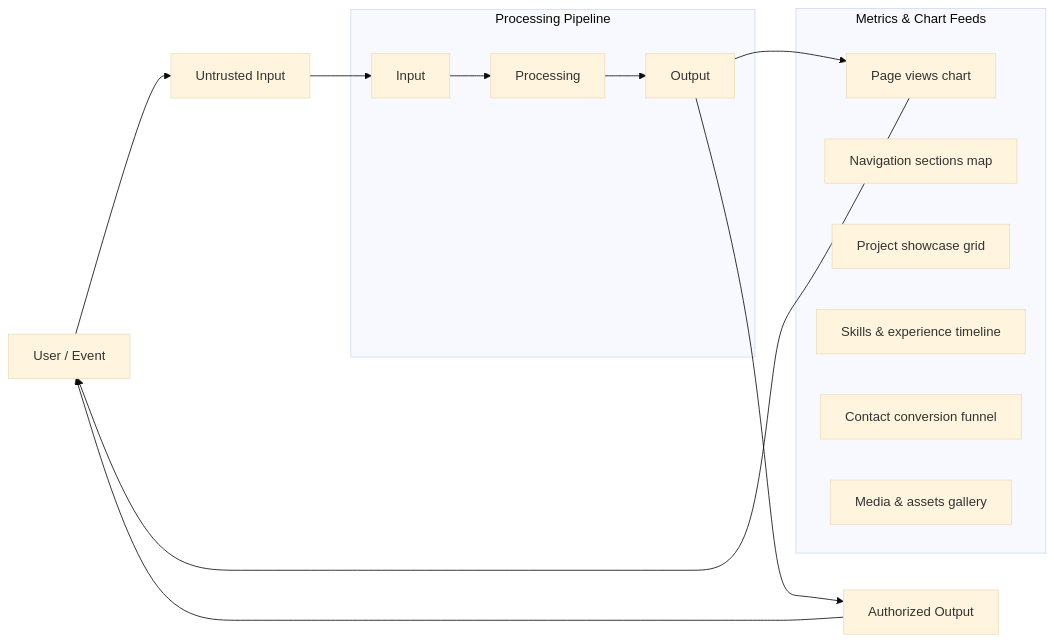
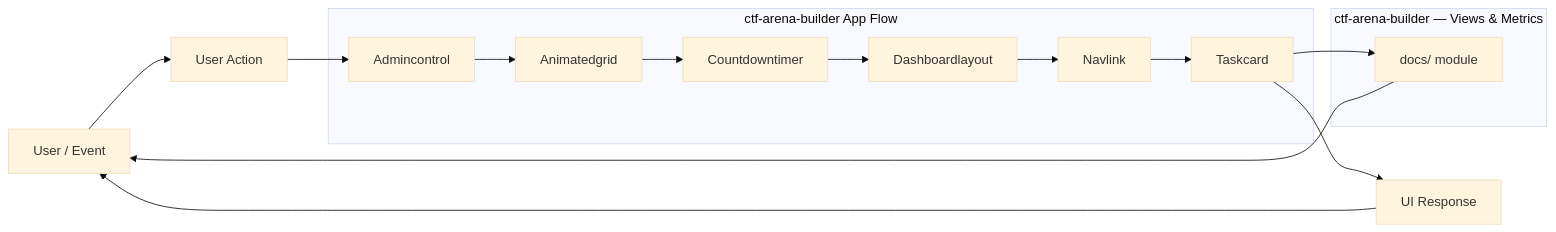
The second of 4 diagrams in README.md (Punyamittal/ctf-arena-builder), drawn with Mermaid (base theme) before and after one commit. The commit also changed other lines of this file, not shown here.

````diff
--- a/README.md
+++ b/README.md
@@ -186,27 +192,28 @@
 ```mermaid
 flowchart LR
-    U["User / Event"] --> IN["Untrusted Input"]
+    U["User / Event"] --> IN["User Action"]
 
-    subgraph Pipeline["Processing Pipeline"]
-        p0["Input"]
-        p1["Processing"]
-        p2["Output"]
+    subgraph Pipeline["ctf-arena-builder App Flow"]
+        p0["Admincontrol"]
+        p1["Animatedgrid"]
+        p2["Countdowntimer"]
+        p3["Dashboardlayout"]
+        p4["Navlink"]
+        p5["Taskcard"]
         p0 --> p1
         p1 --> p2
+        p2 --> p3
+        p3 --> p4
+        p4 --> p5
     end
 
-    subgraph Metrics["Metrics & Chart Feeds"]
-        page_views["Page views chart"]
-        nav_sections["Navigation sections map"]
-        project_showcase["Project showcase grid"]
-        skills_timeline["Skills & experience timeline"]
-        contact_funnel["Contact conversion funnel"]
-        media_gallery["Media & assets gallery"]
+    subgraph Metrics["ctf-arena-builder — Views & Metrics"]
+        docs["docs/ module"]
     end
 
     IN --> p0
-    p2 --> OUT["Authorized Output"]
+    p5 --> OUT["UI Response"]
     OUT --> U
-    p2 --> page_views
-    page_views --> U
+    p5 --> docs
+    docs --> U
 ```
````
